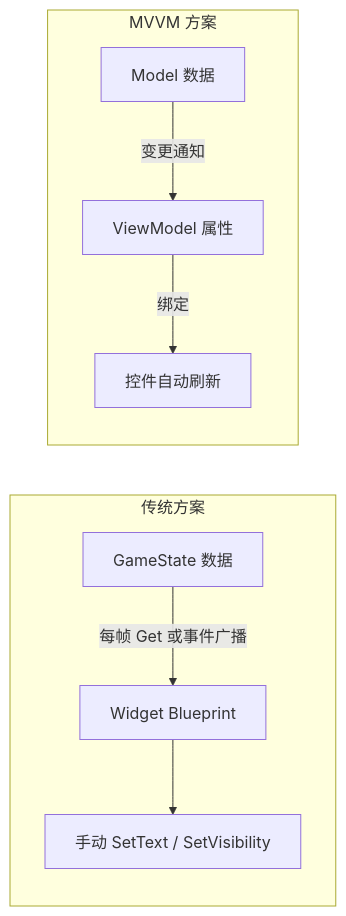
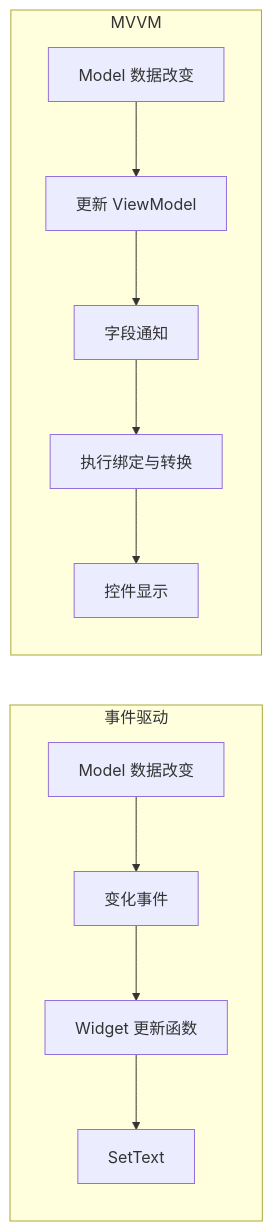
One commit to fantuan812/learning changed the first of 6 diagrams in 知识/05-Gameplay与交互系统/界面设置与无障碍/02-UI数据绑定与MVVM.md. Above: the diagram before and after it, drawn with Mermaid. The commit also changed other lines of this file and 2 other files, not shown here.

````diff
--- a/知识/05-Gameplay与交互系统/界面设置与无障碍/02-UI数据绑定与MVVM.md
+++ b/知识/05-Gameplay与交互系统/界面设置与无障碍/02-UI数据绑定与MVVM.md
@@ -27,11 +29,14 @@
 ```mermaid
 flowchart LR
-    subgraph 传统方案
-        A1[GameState 数据] -->|每帧 Get 或事件广播| B1[Widget Blueprint]
-        B1 --> C1[手动 SetText / SetVisibility]
+    subgraph 事件驱动
+        A[Model 数据改变] --> B[变化事件]
+        B --> C[Widget 更新函数]
+        C --> D[SetText]
     end
-    subgraph MVVM 方案
-        A2[Model 数据] -->|变更通知| B2[ViewModel 属性]
-        B2 -->|绑定| C2[控件自动刷新]
+    subgraph MVVM
+        E[Model 数据改变] --> F[更新 ViewModel]
+        F --> G[字段通知]
+        G --> H[执行绑定与转换]
+        H --> I[控件显示]
     end
 ```
````
